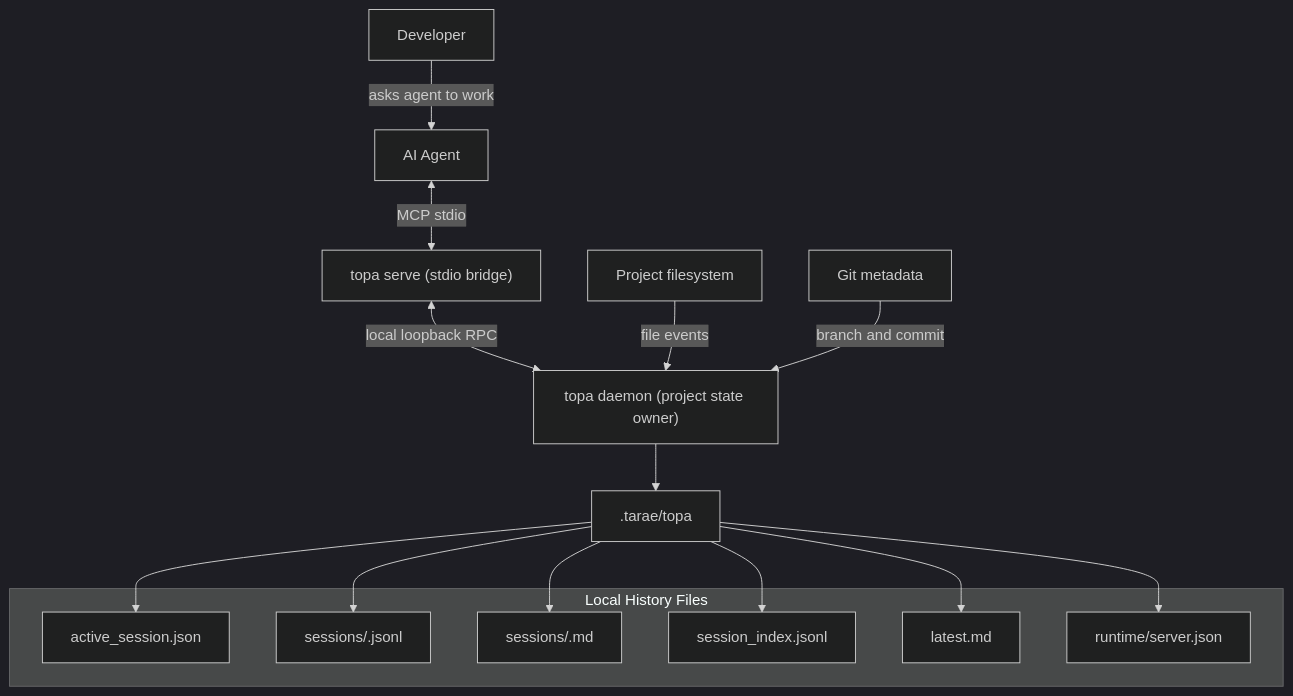
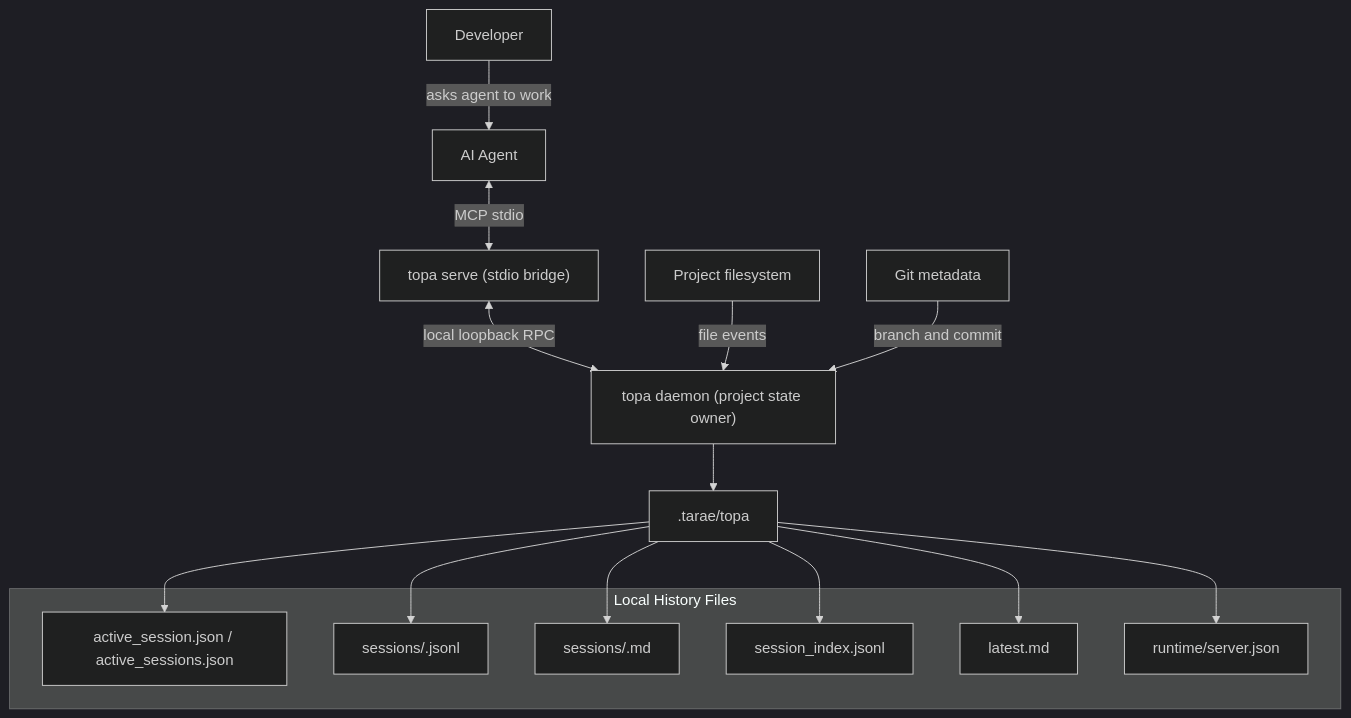
The diagram in docs/Architecture.md (InsightFrom/tarae), drawn with Mermaid (dark theme) before and after one commit. The commit also changed other lines of this file and 23 other files, not shown here.

````diff
--- a/docs/Architecture.md
+++ b/docs/Architecture.md
@@ -9,25 +9,25 @@
 ```mermaid
 flowchart TB
     User["Developer"] -->|"asks agent to work"| Agent["AI Agent"]
     Agent <-->|"MCP stdio"| Bridge["topa serve (stdio bridge)"]
     Bridge <-->|"local loopback RPC"| Daemon["topa daemon (project state owner)"]
     Files["Project filesystem"] -->|"file events"| Daemon
     Git["Git metadata"] -->|"branch and commit"| Daemon
     Daemon --> History[".tarae/topa"]
 
     subgraph HistoryFiles["Local History Files"]
-        Active["active_session.json"]
+        Active["active_session.json / active_sessions.json"]
         Jsonl["sessions/<session-id>.jsonl"]
         Md["sessions/<session-id>.md"]
         Index["session_index.jsonl"]
         Latest["latest.md"]
         Runtime["runtime/server.json"]
     end
 
     History --> Active
     History --> Jsonl
     History --> Md
     History --> Index
     History --> Latest
     History --> Runtime
 ```
````
